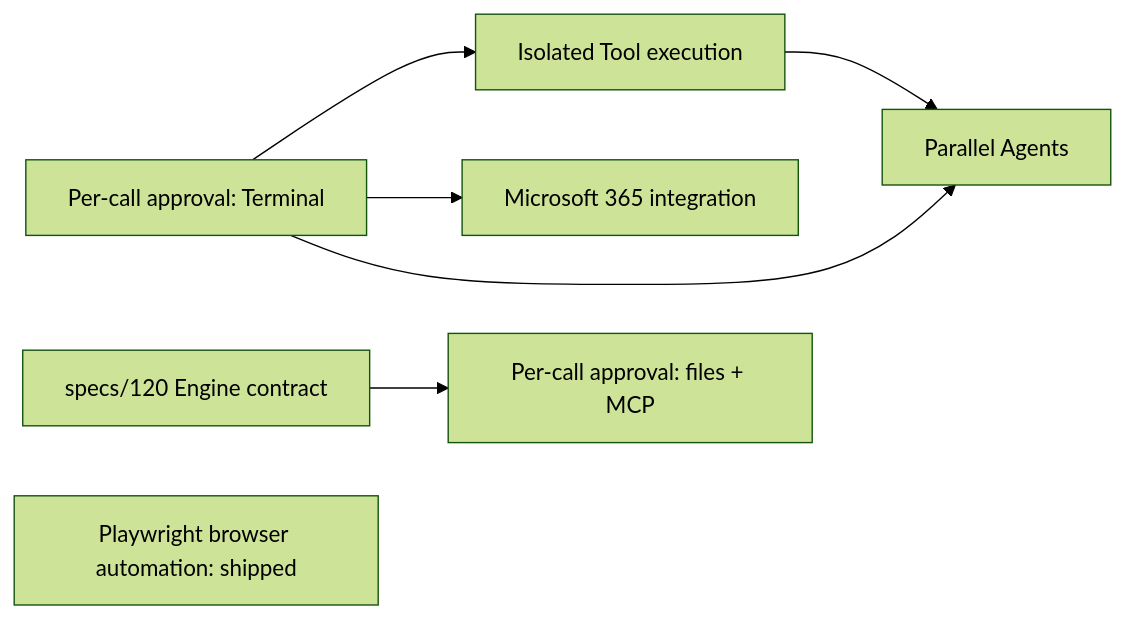
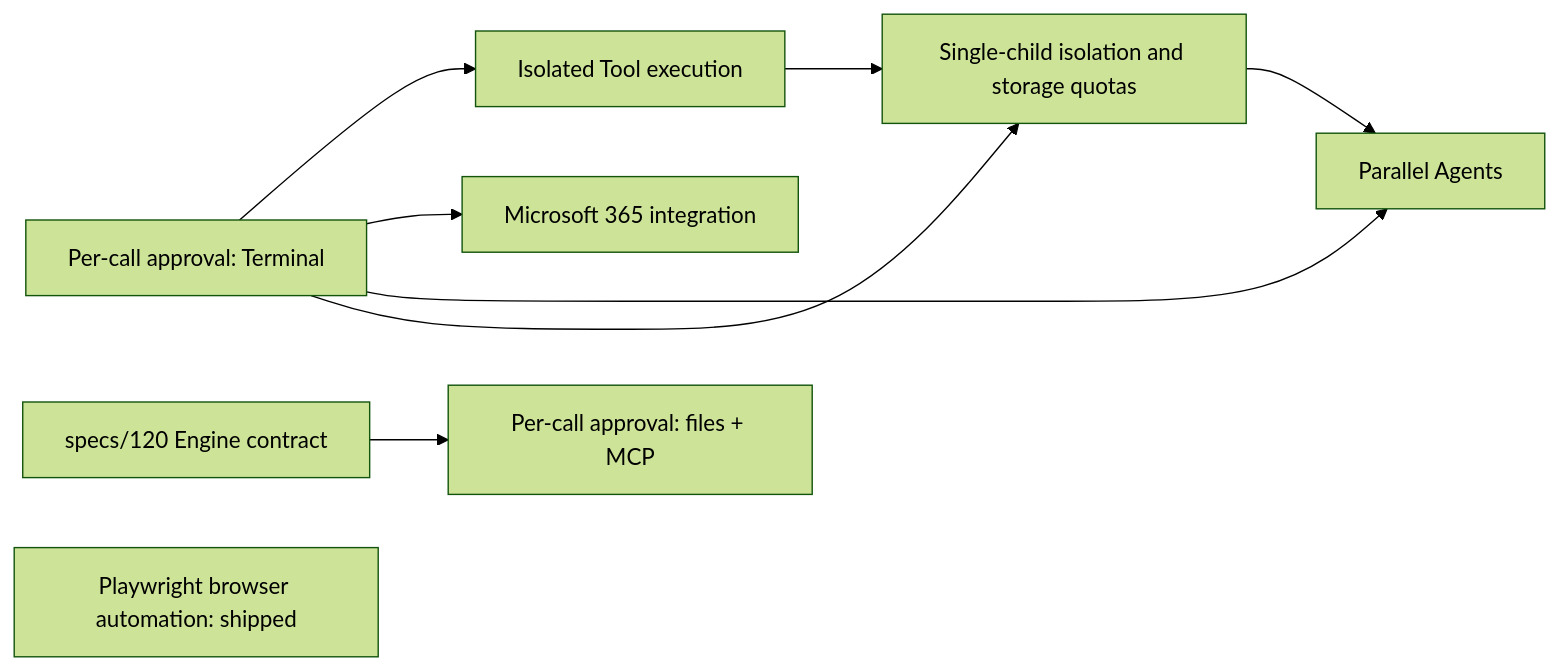
The diagram in .github/prompts/README.md (raandree/DeskPilot), drawn with Mermaid (forest theme) before and after one commit. The commit also changed other lines of this file and 6 other files, not shown here.

First line of the commit message:
docs: add child Agent isolation implementation prompt

````diff
--- a/.github/prompts/README.md
+++ b/.github/prompts/README.md
@@ -35,9 +40,11 @@
 ```mermaid
 flowchart LR
     A[Per-call approval: Terminal] --> I[Isolated Tool execution]
     A --> M[Microsoft 365 integration]
     A --> P[Parallel Agents]
-    I --> P
+   A --> S[Single-child isolation and storage quotas]
+   I --> S
+   S --> P
     C[specs/120 Engine contract] --> R[Per-call approval: files + MCP]
     B[Playwright browser automation: shipped]
 ```
````
